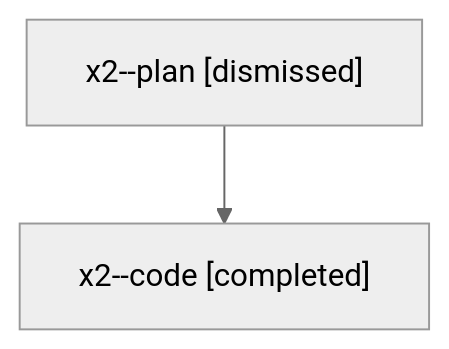
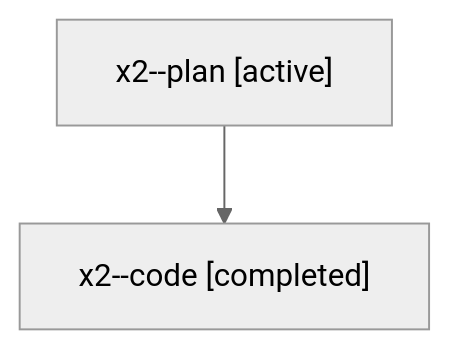
Before and after one commit to sase-org/sase--agents: the diagram in families/bbugyi200.athena.x2.md, drawn with Mermaid (neutral theme). The commit also changed other lines of this file and 35830 other files, not shown here.

````diff
--- a/families/bbugyi200.athena.x2.md
+++ b/families/bbugyi200.athena.x2.md
@@ -9,6 +9,6 @@
 ```mermaid
 flowchart TD
-  n0["x2--plan [dismissed]"]
+  n0["x2--plan [active]"]
   n1["x2--code [completed]"]
   n0 --> n1
 ```
````
